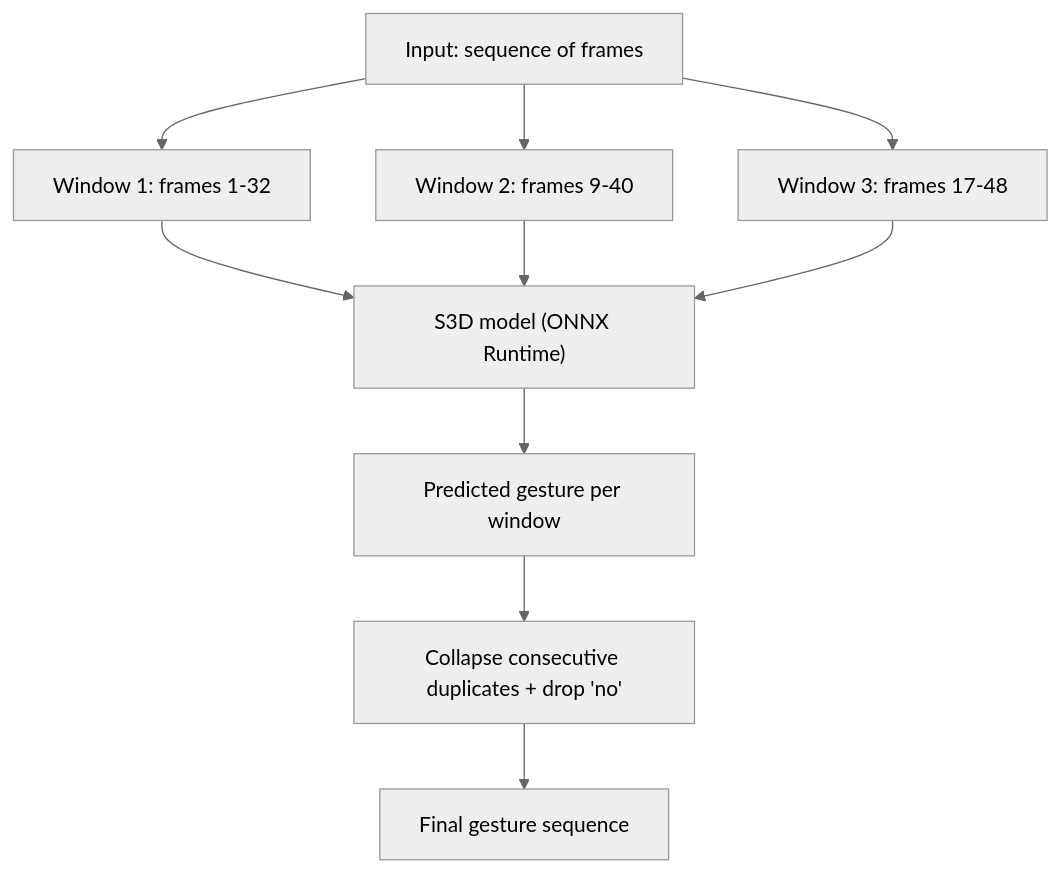
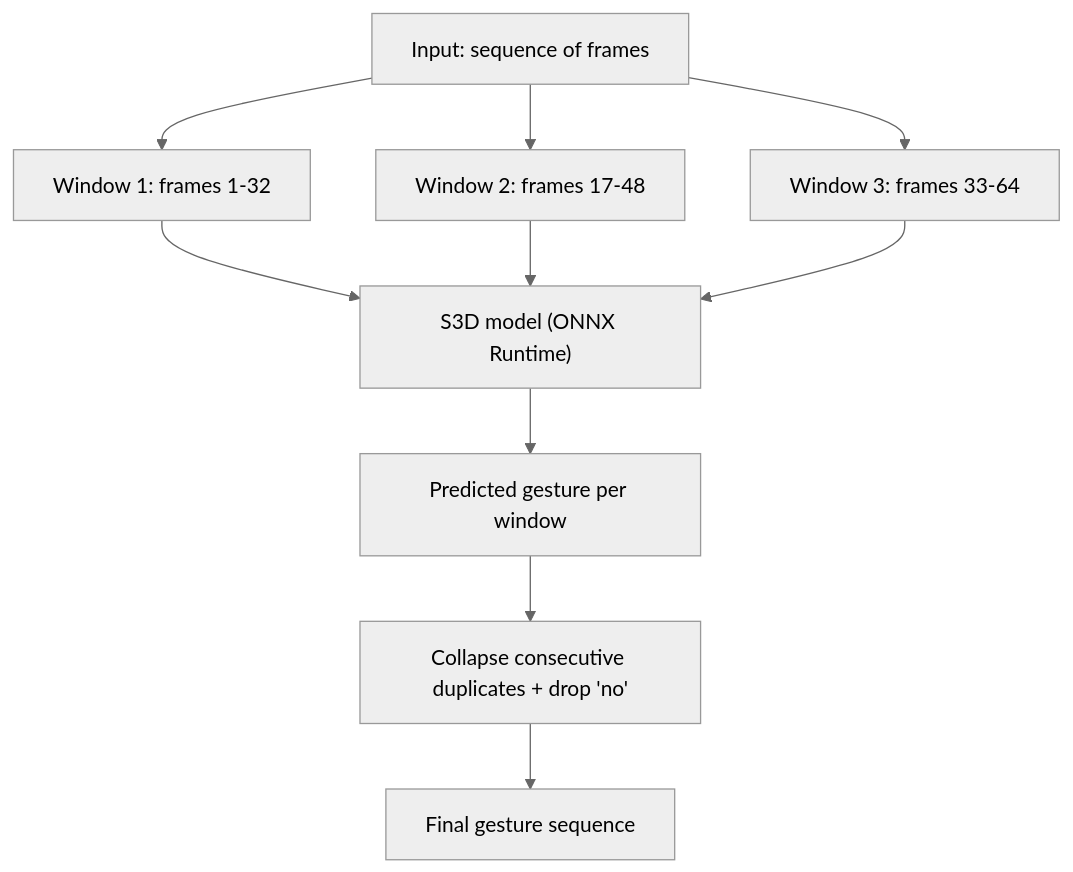
One commit to hackathon-20251207/ml changed the third of 3 diagrams in README.md. Above: the diagram before and after it, drawn with Mermaid (neutral theme). The commit also changed other lines of this file and 19 other files, not shown here.

````diff
--- a/README.md
+++ b/README.md
@@ -96,12 +120,12 @@
 ```mermaid
 graph TD
     V["Input: sequence of frames"] --> W1["Window 1: frames 1-32"]
-    V --> W2["Window 2: frames 9-40"]
-    V --> W3["Window 3: frames 17-48"]
+    V --> W2["Window 2: frames 17-48"]
+    V --> W3["Window 3: frames 33-64"]
     W1 --> M["S3D model (ONNX Runtime)"]
     W2 --> M
     W3 --> M
     M --> P["Predicted gesture per window"]
     P --> D["Collapse consecutive duplicates + drop 'no'"]
     D --> R["Final gesture sequence"]
 ```
````
